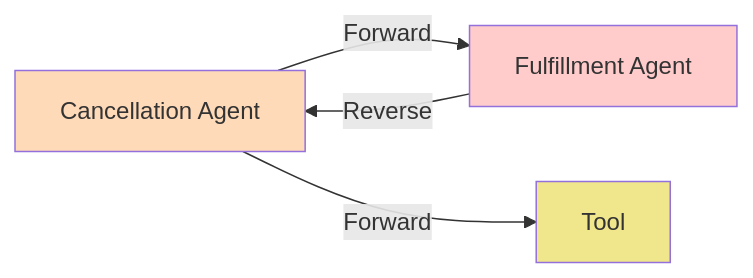
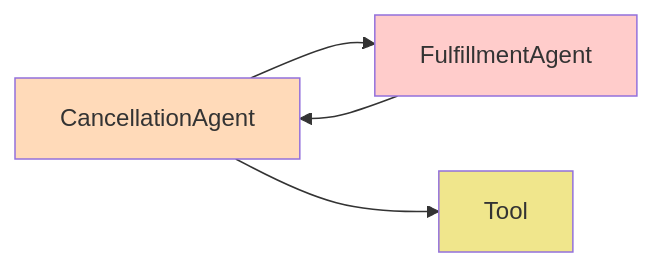
Before and after one commit to beckn/transactional-ai-bap: the tenth of 13 diagrams in arch/bap-state-machine.md, drawn with Mermaid. The commit also changed other lines of this file, not shown here.

````diff
--- a/arch/bap-state-machine.md
+++ b/arch/bap-state-machine.md
@@ -348,10 +356,11 @@
 ```mermaid
 graph LR
-    CA[Cancellation Agent] -->|Forward| F[Fulfillment Agent]
-    CA -->|Forward| Tool
-    F -->|Reverse| CA
+    CancellationAgent --> FulfillmentAgent
+    CancellationAgent --> Tool
+    FulfillmentAgent --> CancellationAgent
 
-    style CA fill:#ffdab9
-    style F fill:#ffcccb
+    style CancellationAgent fill:#ffdab9
+    style FulfillmentAgent fill:#ffcccb
     style Tool fill:#f0e68c
+
 ```
````
